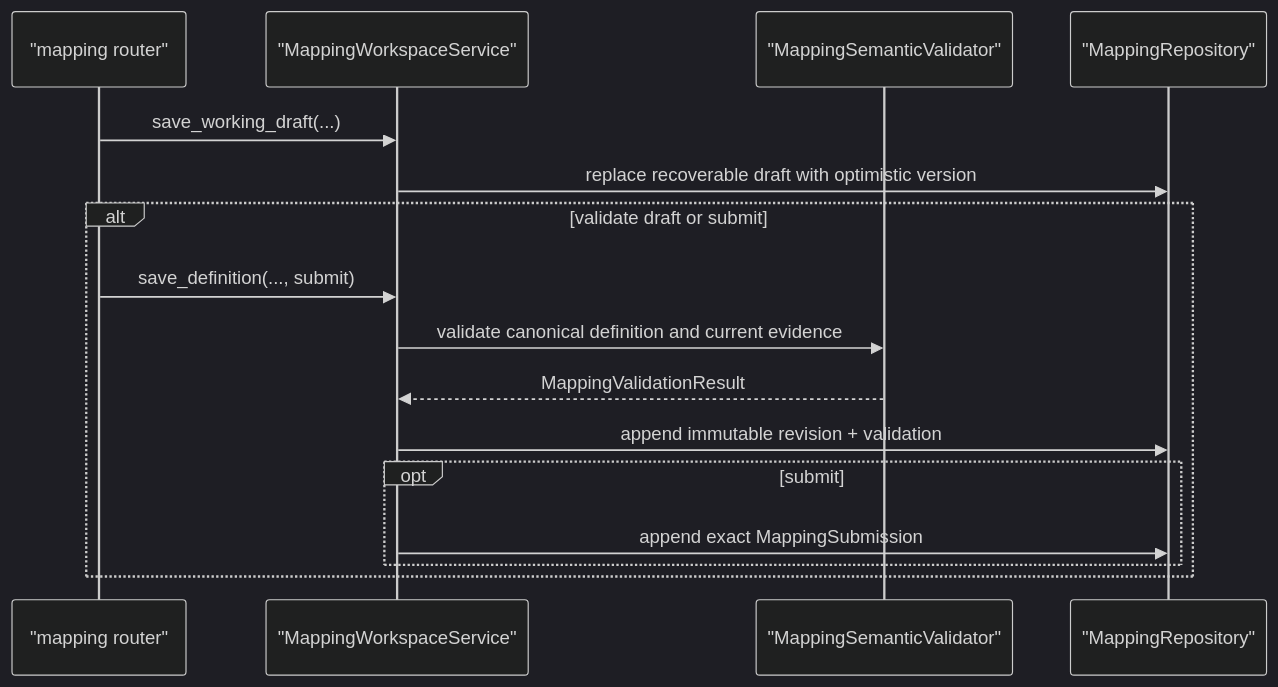
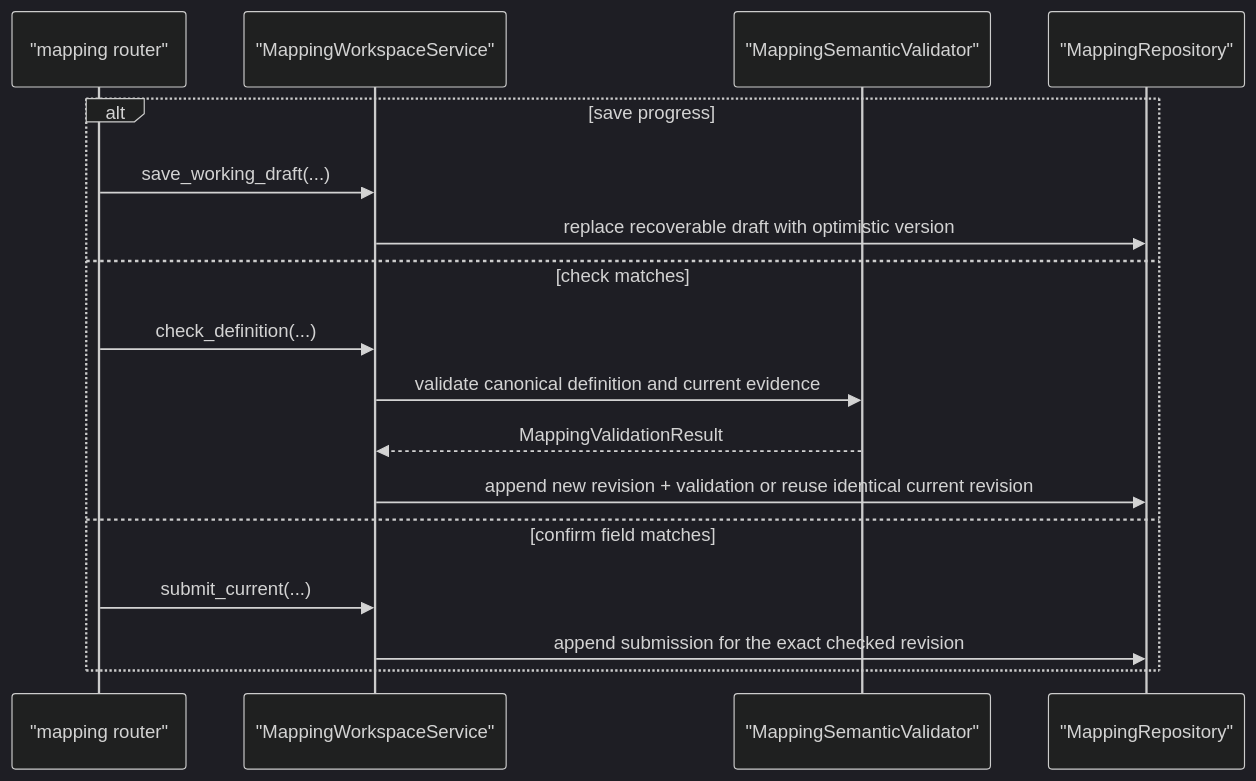
The sixth of 8 diagrams in docs/architecture/python-code-map.md (fderyckel/dev-impodo), drawn with Mermaid (dark theme) before and after one commit. The commit also changed other lines of this file and 6 other files, not shown here.

Commit message:
feat: Enhance mapping workflow with checked drafts and save progress functionality

````diff
--- a/docs/architecture/python-code-map.md
+++ b/docs/architecture/python-code-map.md
@@ -390,19 +390,20 @@
 ```mermaid
 sequenceDiagram
     participant Route as "mapping router"
     participant Service as "MappingWorkspaceService"
     participant Validator as "MappingSemanticValidator"
     participant Repo as "MappingRepository"
 
-    Route->>Service: save_working_draft(...)
-    Service->>Repo: replace recoverable draft with optimistic version
-    alt validate draft or submit
-        Route->>Service: save_definition(..., submit)
+    alt save progress
+        Route->>Service: save_working_draft(...)
+        Service->>Repo: replace recoverable draft with optimistic version
+    else check matches
+        Route->>Service: check_definition(...)
         Service->>Validator: validate canonical definition and current evidence
         Validator-->>Service: MappingValidationResult
-        Service->>Repo: append immutable revision + validation
-        opt submit
-            Service->>Repo: append exact MappingSubmission
-        end
+        Service->>Repo: append new revision + validation or reuse identical current revision
+    else confirm field matches
+        Route->>Service: submit_current(...)
+        Service->>Repo: append submission for the exact checked revision
     end
 ```
````
